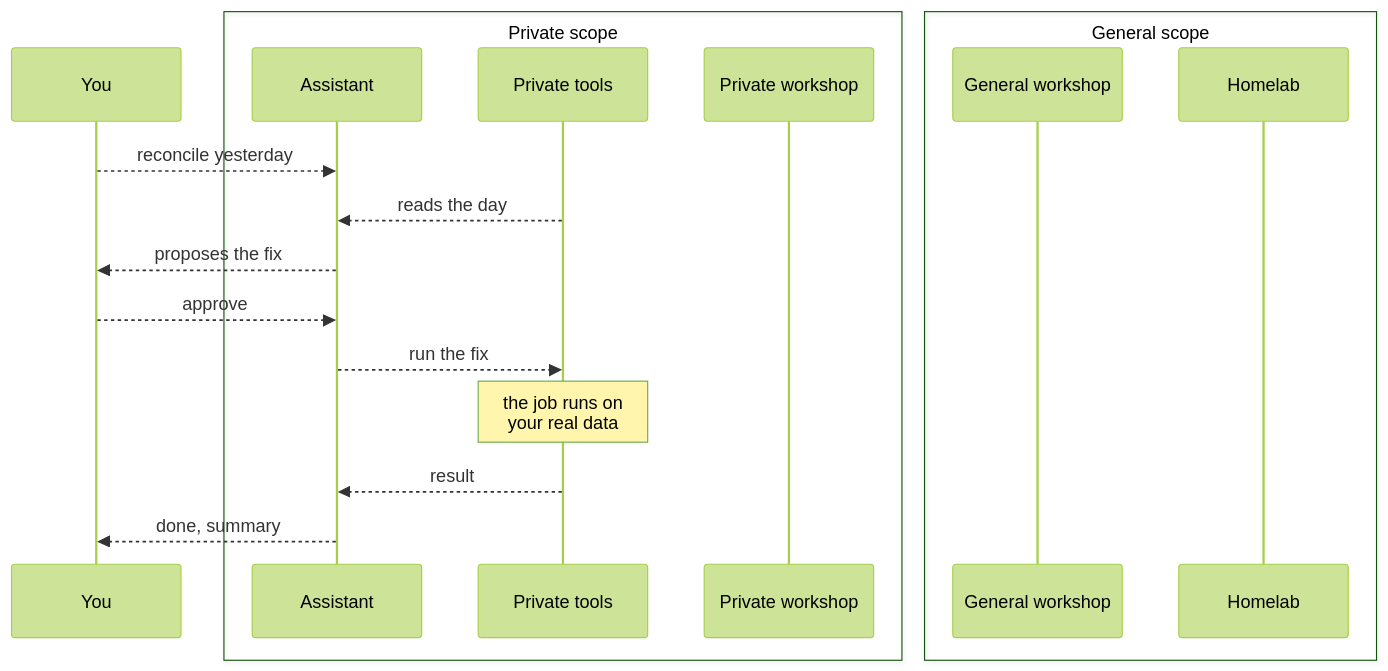
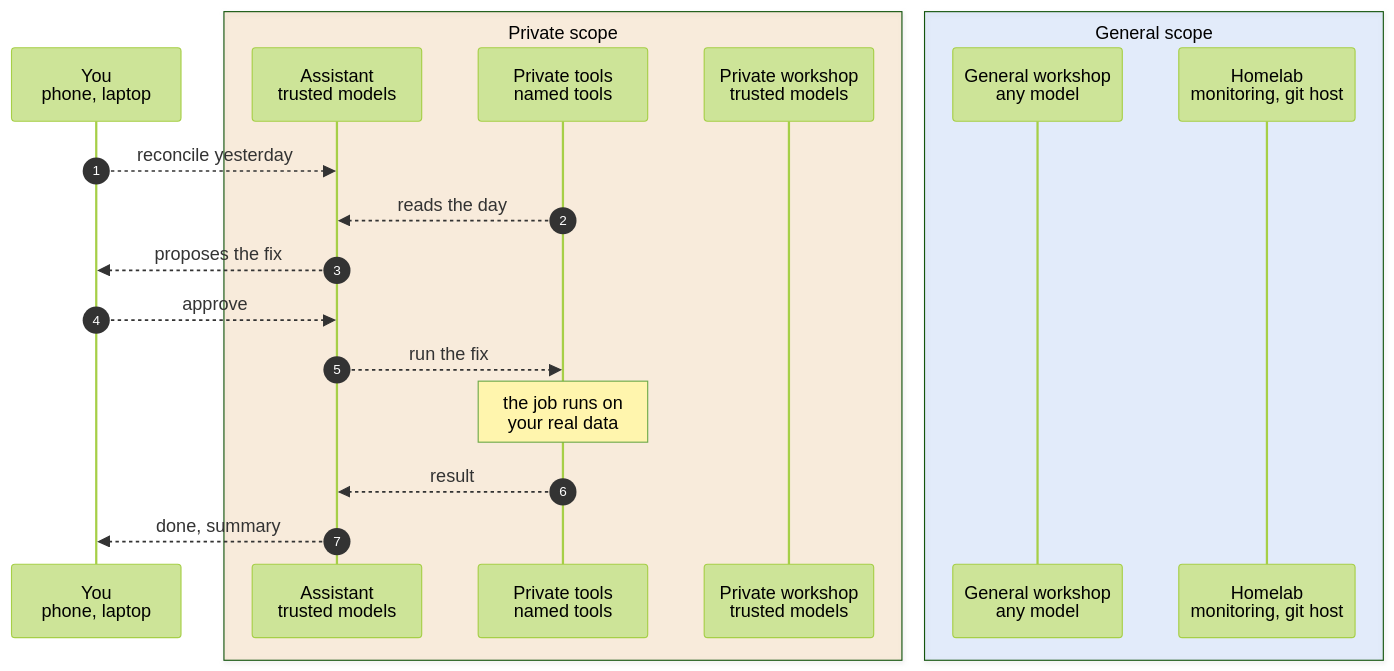
One commit to h-wb/home-ops changed the third of 8 diagrams in kubernetes/apps/main/llm/docs/flows.md. Above: the diagram before and after it, drawn with Mermaid (forest theme). The commit also changed other lines of this file and 26 other files, not shown here.

````diff
--- a/kubernetes/apps/main/llm/docs/flows.md
+++ b/kubernetes/apps/main/llm/docs/flows.md
@@ -115,21 +98,22 @@
 ```mermaid
 sequenceDiagram
-    participant Y as You
-    box Private scope
-        participant H as Assistant
-        participant T as Private tools
-        participant P as Private workshop
+    autonumber
+    participant Y as You<br/>phone, laptop
+    box rgba(240,170,82,0.18) Private scope
+        participant H as Assistant<br/>trusted models
+        participant T as Private tools<br/>named tools
+        participant P as Private workshop<br/>trusted models
     end
-    box General scope
-        participant G as General workshop
-        participant X as Homelab
+    box rgba(120,174,252,0.18) General scope
+        participant G as General workshop<br/>any model
+        participant X as Homelab<br/>monitoring, git host
     end
     Y-->>H: reconcile yesterday
     T-->>H: reads the day
     H-->>Y: proposes the fix
     Y-->>H: approve
     H-->>T: run the fix
     Note over T: the job runs on<br/>your real data
     T-->>H: result
     H-->>Y: done, summary
 ```
````
